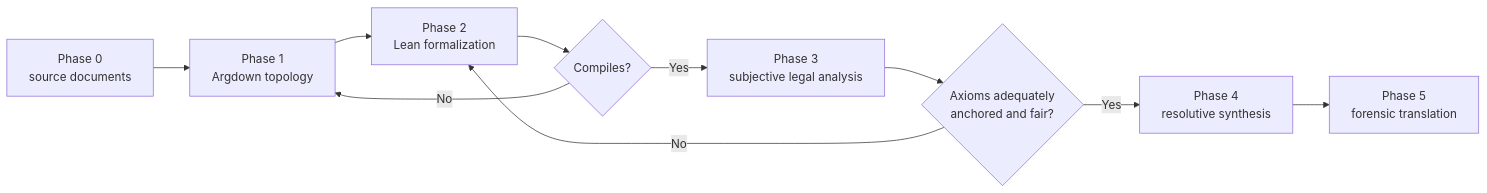
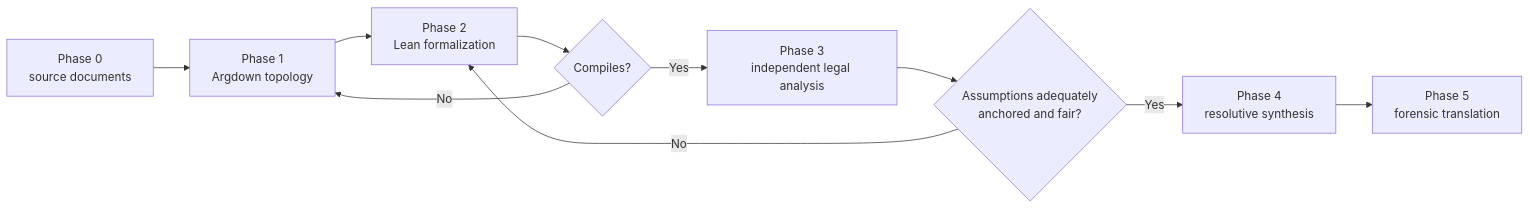
One commit to franklinbaldo/papers changed the diagram in pipeline_lean_argdown.md. Above: the diagram before and after it, drawn with Mermaid. The commit also changed other lines of this file, not shown here.

````diff
--- a/pipeline_lean_argdown.md
+++ b/pipeline_lean_argdown.md
@@ -242,12 +125,12 @@
 ```mermaid
 flowchart LR
     S[Phase 0<br/>source documents] --> A[Phase 1<br/>Argdown topology]
     A --> L[Phase 2<br/>Lean formalization]
     L --> C{Compiles?}
     C -- No --> A
-    C -- Yes --> J[Phase 3<br/>subjective legal analysis]
-    J --> G{Axioms adequately<br/>anchored and fair?}
+    C -- Yes --> J[Phase 3<br/>independent legal analysis]
+    J --> G{Assumptions adequately<br/>anchored and fair?}
     G -- No --> L
     G -- Yes --> R[Phase 4<br/>resolutive synthesis]
     R --> F[Phase 5<br/>forensic translation]
 ```
````
